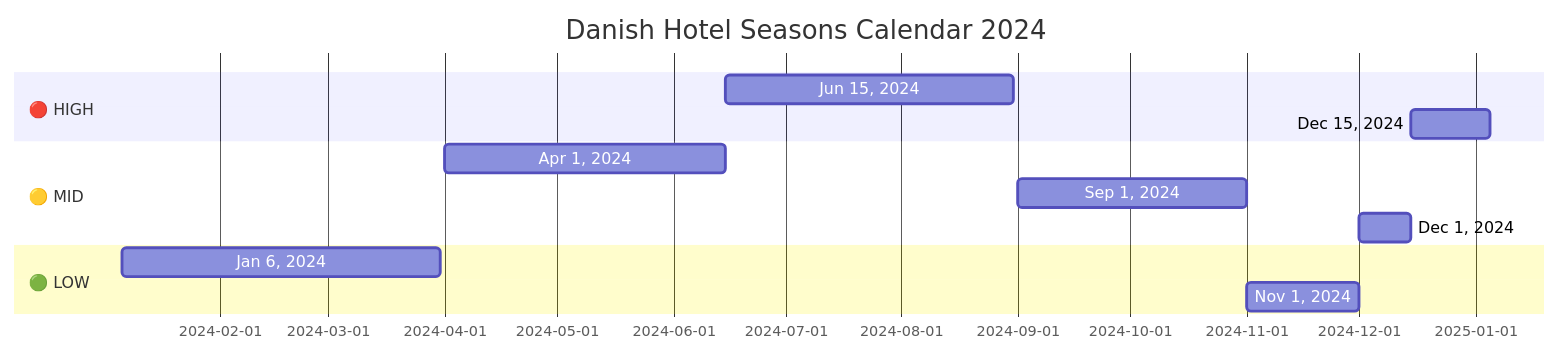
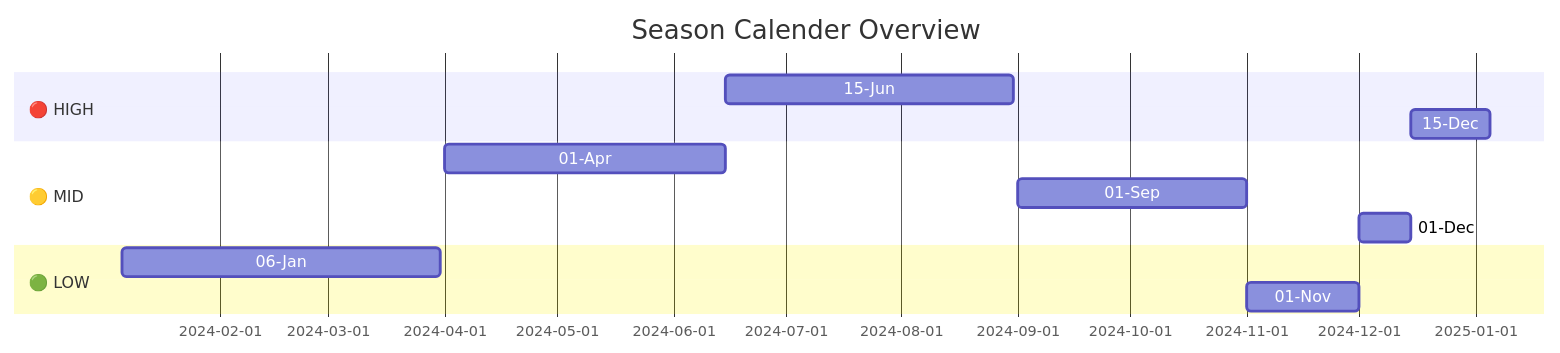
One commit to Gruppe-6-Hotel-Kong-Arthur/RoomInventoryService changed the first of 2 diagrams in README.md. Above: the diagram before and after it, drawn with Mermaid.

````diff
--- a/README.md
+++ b/README.md
@@ -87,18 +87,18 @@
 ```mermaid
 gantt
-    title Danish Hotel Seasons Calendar 2024
-    dateFormat YYYY-MM-DD
+    title Season Calender Overview
+    dateFormat DD-MM
 
     section 🔴 HIGH
-    Jun 15, 2024  : a6, 2024-06-15, 77d
-    Dec 15, 2024  : a7, 2024-12-15, 21d
+    15-Jun  : a6, 15-06, 77d
+    15-Dec  : a7, 15-12, 21d
 
     section 🟡 MID
-    Apr 1, 2024  : a3, 2024-04-01, 75d
-    Sep 1, 2024   : a4, 2024-09-01, 61d
-    Dec 1, 2024   : a5, 2024-12-01, 14d
+    01-Apr  : a3, 01-04, 75d
+    01-Sep  : a4, 01-09, 61d
+    01-Dec  : a5, 01-12, 14d
     
     section 🟢 LOW
-    Jan 6, 2024  : a1, 2024-01-06, 85d
-    Nov 1, 2024   : a2, 2024-11-01, 30d
+    06-Jan  : a1, 06-01, 85d
+    01-Nov  : a2, 01-11, 30d
 ```
````
